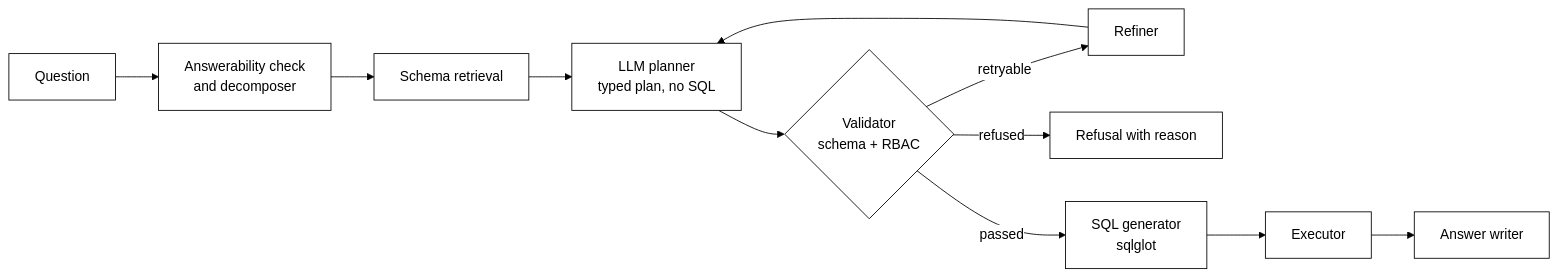
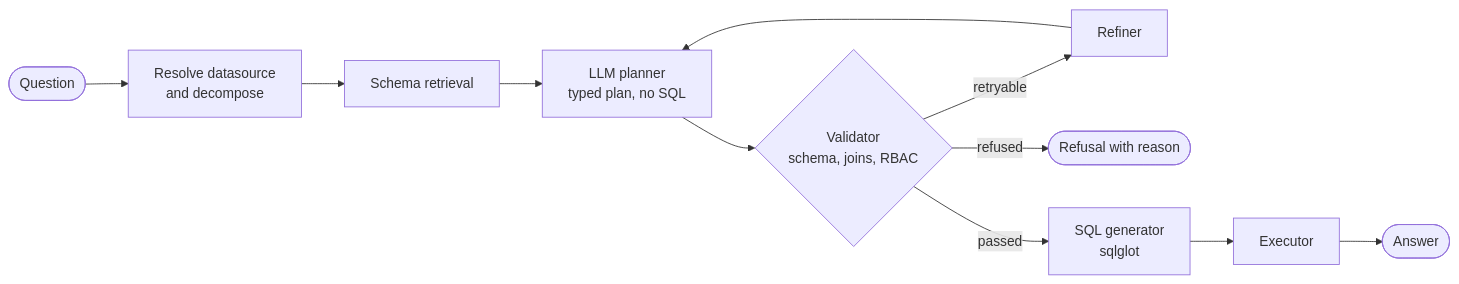
One commit to nadeem4/nl2sql changed the diagram in README.md. Above: the diagram before and after it, drawn with Mermaid. The commit also changed other lines of this file and 5 other files, not shown here.

````diff
--- a/README.md
+++ b/README.md
@@ -44,12 +71,11 @@
 ```mermaid
-%%{init: {'theme':'base','themeVariables':{'primaryColor':'#ffffff','primaryTextColor':'#000000','primaryBorderColor':'#000000','lineColor':'#000000'}}}%%
 flowchart LR
-    Q[Question] --> R[Answerability check<br/>and decomposer]
+    Q([Question]) --> R[Resolve datasource<br/>and decompose]
     R --> S[Schema retrieval]
     S --> P[LLM planner<br/>typed plan, no SQL]
-    P --> V{Validator<br/>schema + RBAC}
+    P --> V{Validator<br/>schema, joins, RBAC}
     V -->|retryable| F[Refiner] --> P
-    V -->|refused| X[Refusal with reason]
+    V -->|refused| X([Refusal with reason])
     V -->|passed| G[SQL generator<br/>sqlglot]
-    G --> E[Executor] --> A[Answer writer]
+    G --> E[Executor] --> A([Answer])
 ```
````
